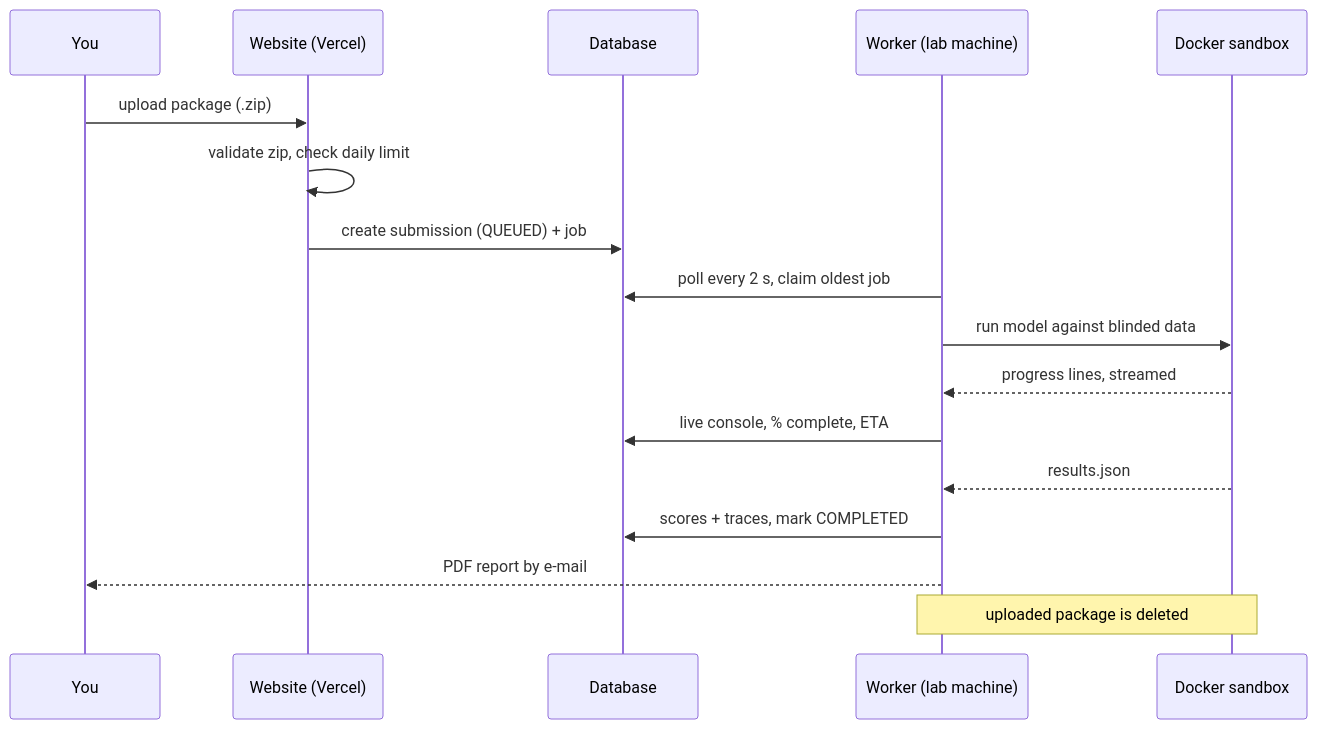
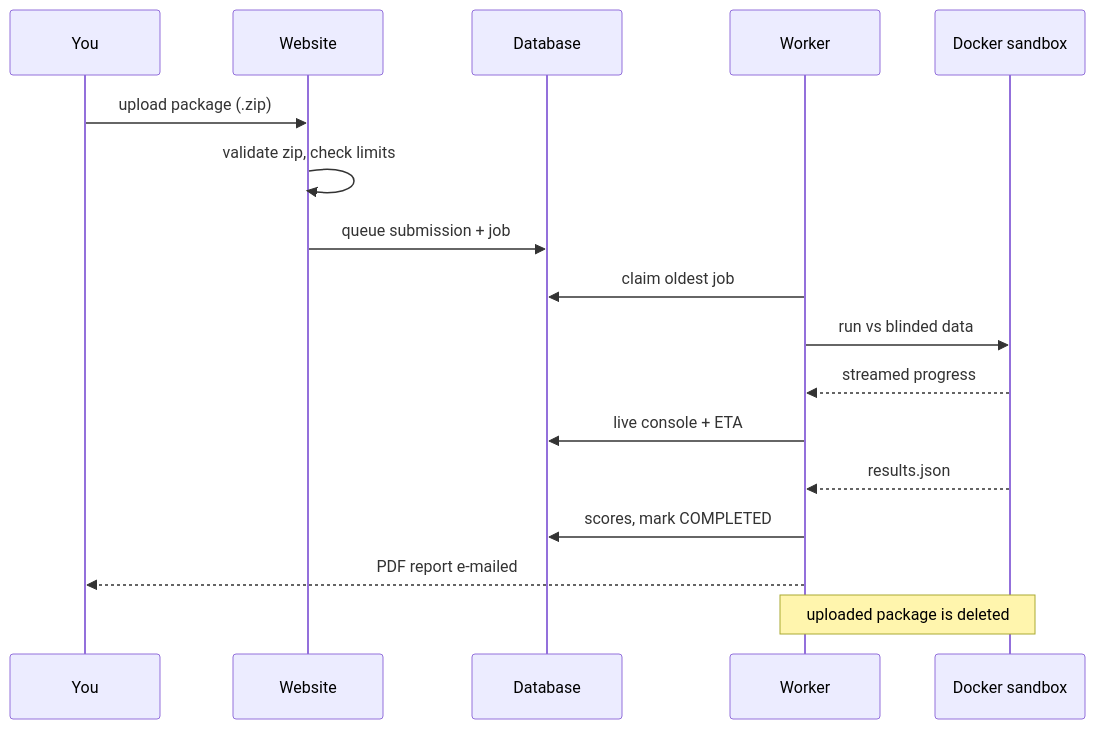
One commit to McMaster-Battery-Research-Group/battery-soc-benchmark changed the second of 5 diagrams in README.md. Above: the diagram before and after it, drawn with Mermaid. The commit also changed other lines of this file, not shown here.

Commit message:
README: add a detailed stack section for developers, with stack and data-flow diagrams

````diff
--- a/README.md
+++ b/README.md
@@ -96,20 +96,20 @@
 ```mermaid
 sequenceDiagram
     participant You
-    participant Web as Website (Vercel)
+    participant Web as Website
     participant DB as Database
-    participant Worker as Worker (lab machine)
+    participant Worker as Worker
     participant Sandbox as Docker sandbox
 
     You->>Web: upload package (.zip)
-    Web->>Web: validate zip, check daily limit
-    Web->>DB: create submission (QUEUED) + job
-    Worker->>DB: poll every 2 s, claim oldest job
-    Worker->>Sandbox: run model against blinded data
-    Sandbox-->>Worker: progress lines, streamed
-    Worker->>DB: live console, % complete, ETA
+    Web->>Web: validate zip, check limits
+    Web->>DB: queue submission + job
+    Worker->>DB: claim oldest job
+    Worker->>Sandbox: run vs blinded data
+    Sandbox-->>Worker: streamed progress
+    Worker->>DB: live console + ETA
     Sandbox-->>Worker: results.json
-    Worker->>DB: scores + traces, mark COMPLETED
-    Worker-->>You: PDF report by e-mail
+    Worker->>DB: scores, mark COMPLETED
+    Worker-->>You: PDF report e-mailed
     Note over Worker,Sandbox: uploaded package is deleted
 ```
````
